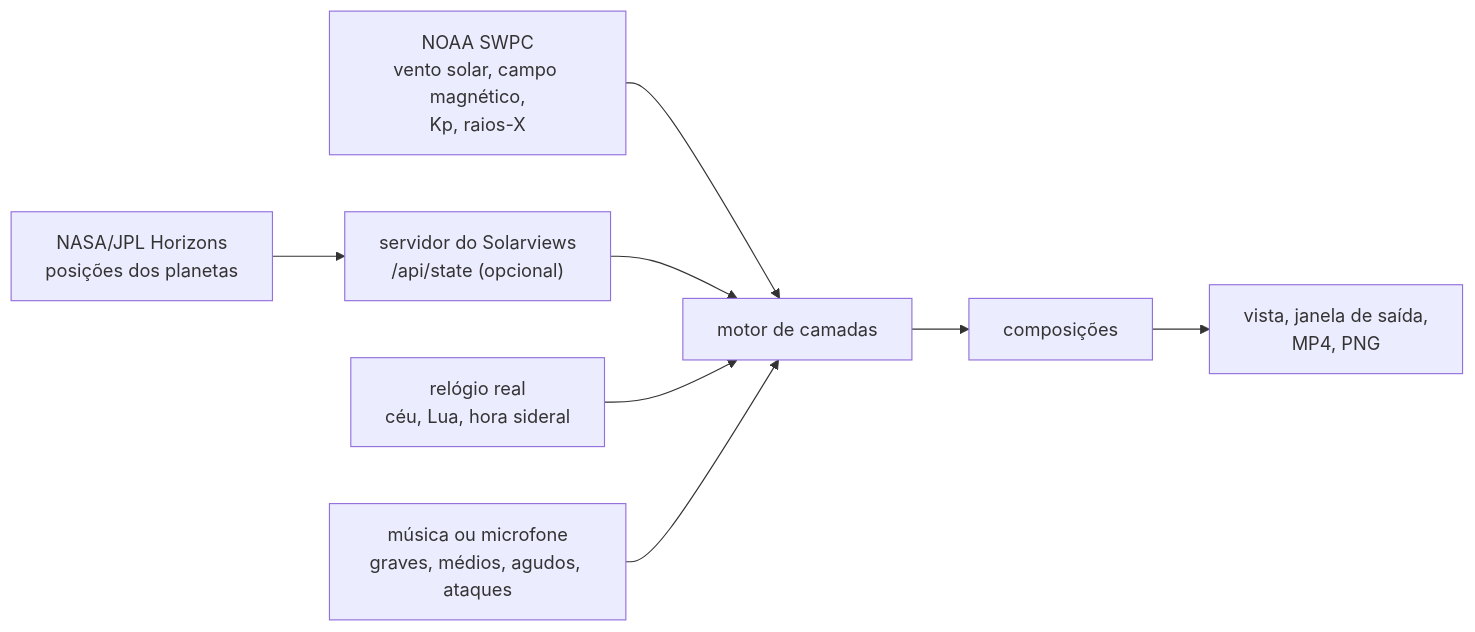
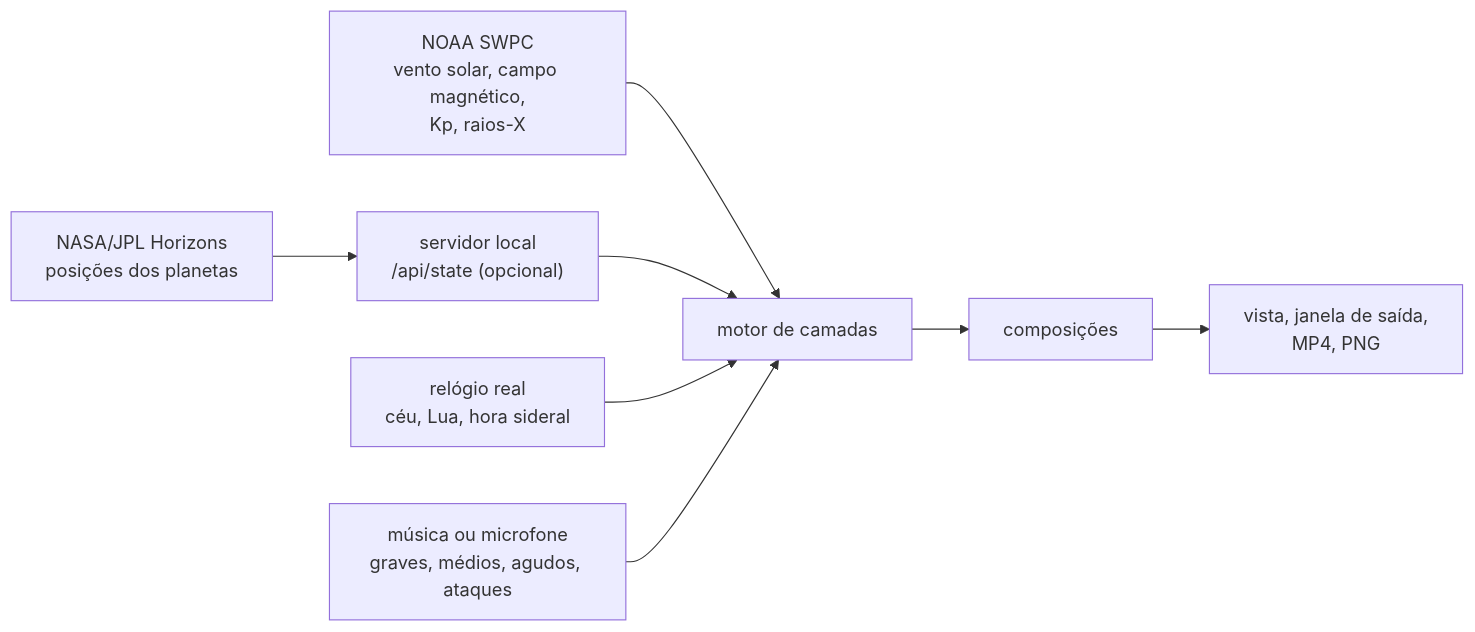
Before and after one commit to marciusm/solarviews-graphics-engine: the diagram in README.md, drawn with Mermaid. The commit also changed other lines of this file and 7 other files, not shown here.

First line of the commit message:
Inclui o servidor local (server.js) e ajusta os textos

````diff
--- a/README.md
+++ b/README.md
@@ -50,8 +50,8 @@
 ```mermaid
 flowchart LR
   NOAA["NOAA SWPC<br/>vento solar, campo magnético,<br/>Kp, raios-X"] --> M
-  JPL["NASA/JPL Horizons<br/>posições dos planetas"] --> S["servidor do Solarviews<br/>/api/state (opcional)"] --> M
+  JPL["NASA/JPL Horizons<br/>posições dos planetas"] --> S["servidor local<br/>/api/state (opcional)"] --> M
   REL["relógio real<br/>céu, Lua, hora sideral"] --> M
   SOM["música ou microfone<br/>graves, médios, agudos, ataques"] --> M
   M["motor de camadas"] --> C["composições"] --> O["vista, janela de saída,<br/>MP4, PNG"]
 ```
````
